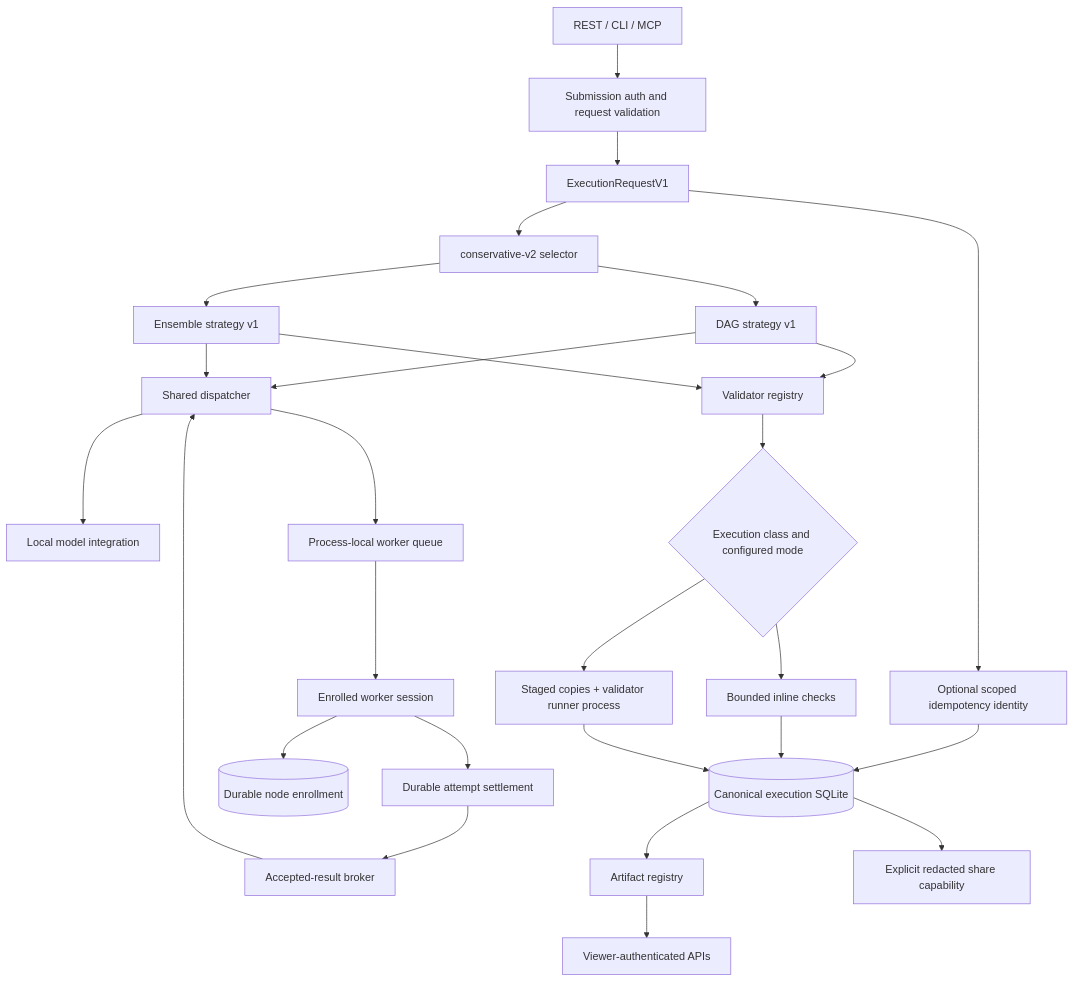
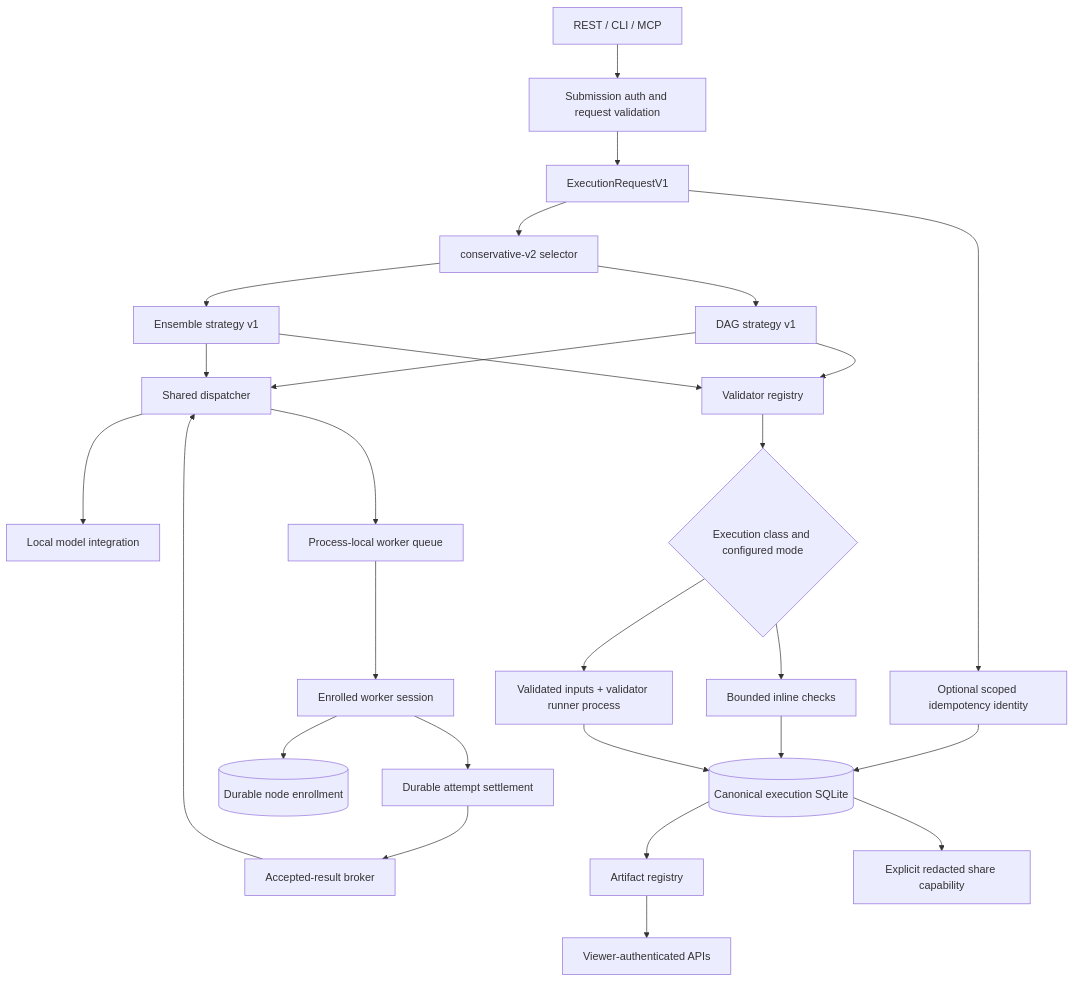
One commit to Jwrightsman/distributed-orchestrator changed the first of 9 diagrams in docs/ARCHITECTURE.md. Above: the diagram before and after it, drawn with Mermaid. The commit also changed other lines of this file and 16 other files, not shown here.

````diff
--- a/docs/ARCHITECTURE.md
+++ b/docs/ARCHITECTURE.md
@@ -10,29 +10,29 @@
 ```mermaid
 flowchart TD
     C[REST / CLI / MCP] --> A[Submission auth and request validation]
     A --> R[ExecutionRequestV1]
     R --> I[Optional scoped idempotency identity]
     I --> P[(Canonical execution SQLite)]
     R --> S[conservative-v2 selector]
     S --> D[DAG strategy v1]
     S --> E[Ensemble strategy v1]
     D --> X[Shared dispatcher]
     E --> X
     X --> L[Local model integration]
     X --> Q[Process-local worker queue]
     Q --> W[Enrolled worker session]
     W --> N[(Durable node enrollment)]
     W --> T[Durable attempt settlement]
     T --> B[Accepted-result broker]
     B --> X
     D --> V[Validator registry]
     E --> V
     V --> M{Execution class and configured mode}
     M --> J[Bounded inline checks]
-    M --> K[Staged copies + validator runner process]
+    M --> K[Validated inputs + validator runner process]
     J --> P
     K --> P
     P --> F[Artifact registry]
     F --> G[Viewer-authenticated APIs]
     P --> H[Explicit redacted share capability]
 ```
````
